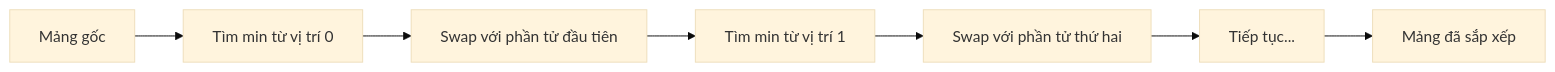
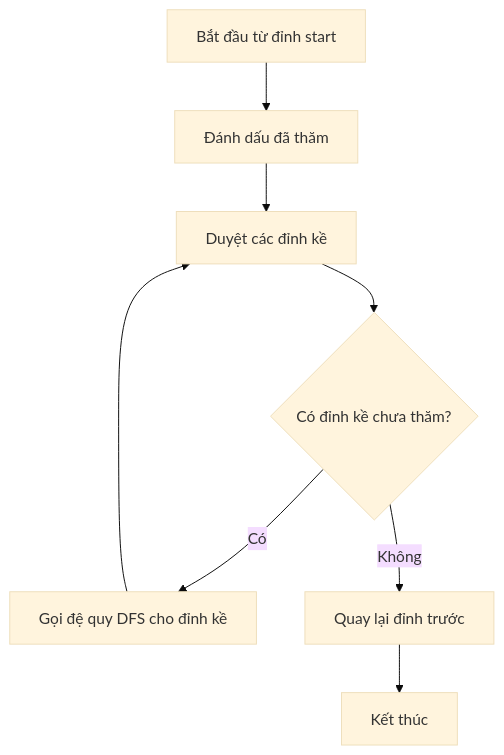
Before and after one commit to khieu-dv/vievlog: the third of 4 diagrams in src/content/soft-skills/dsa/bai-19.mdx, drawn with Mermaid (base theme). The commit also changed other lines of this file and 5 other files, not shown here.

````diff
--- a/src/content/soft-skills/dsa/bai-19.mdx
+++ b/src/content/soft-skills/dsa/bai-19.mdx
@@ -131,9 +169,10 @@
 ```mermaid
-graph LR
-    A[Mảng gốc] --> B[Tìm min từ vị trí 0]
-    B --> C[Swap với phần tử đầu tiên]
-    C --> D[Tìm min từ vị trí 1]
-    D --> E[Swap với phần tử thứ hai]
-    E --> F[Tiếp tục...]
-    F --> G[Mảng đã sắp xếp]
+graph TD
+    A[Bắt đầu từ đỉnh start] --> B[Đánh dấu đã thăm]
+    B --> C[Duyệt các đỉnh kề]
+    C --> D{Có đỉnh kề chưa thăm?}
+    D -->|Có| E[Gọi đệ quy DFS cho đỉnh kề]
+    E --> C
+    D -->|Không| F[Quay lại đỉnh trước]
+    F --> G[Kết thúc]
 ```
````
